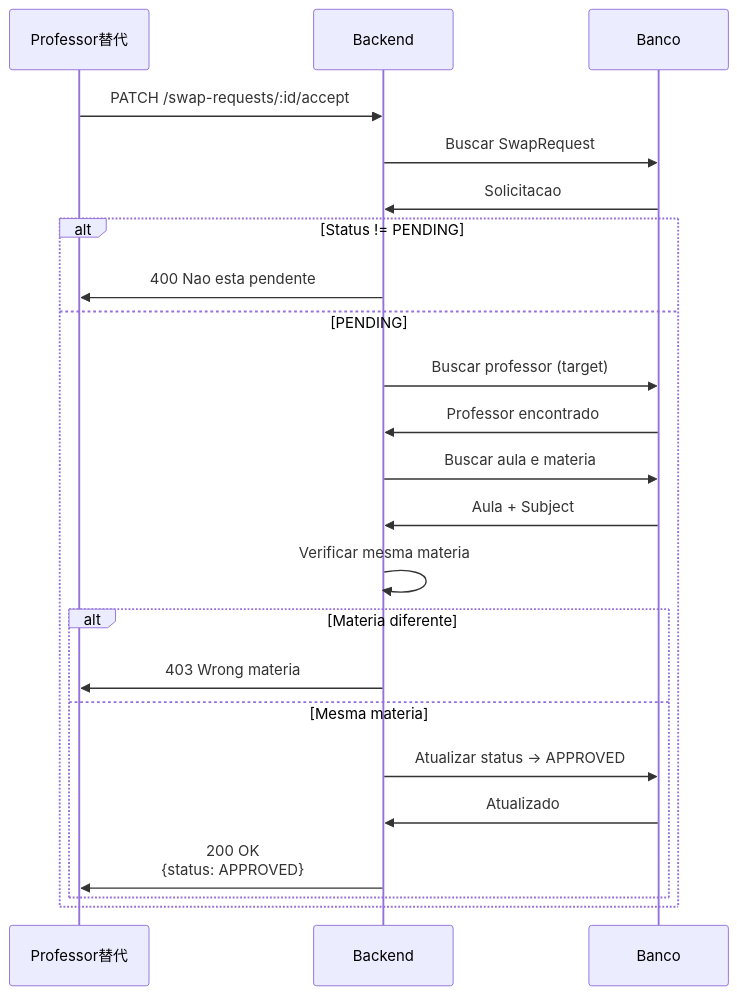
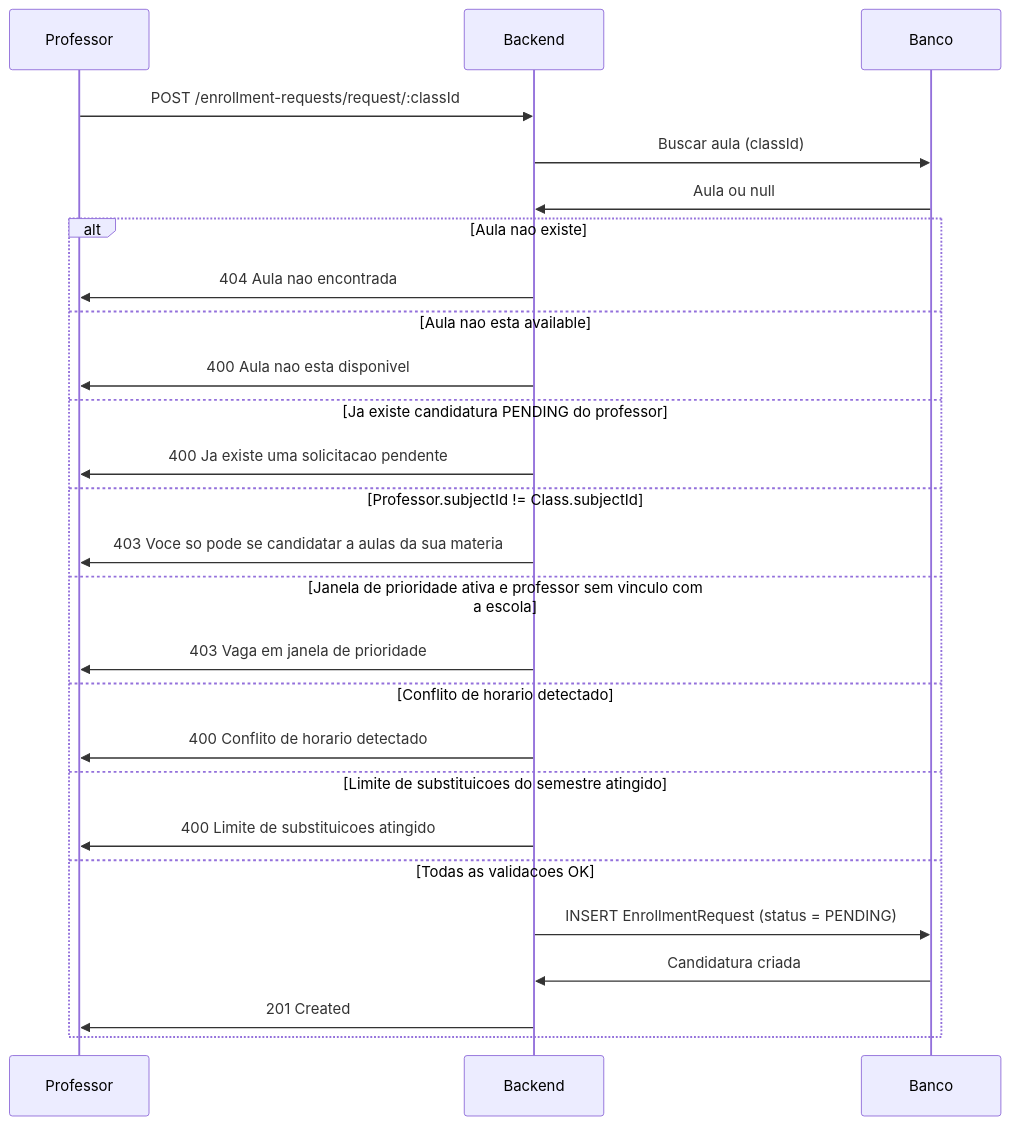
The sixth of 14 diagrams in docs/07-fluxos-negocio.md (TROCA-AULA/troca-aula-backend), drawn with Mermaid before and after one commit. The commit also changed other lines of this file and 9 other files, not shown here.

````diff
--- a/docs/07-fluxos-negocio.md
+++ b/docs/07-fluxos-negocio.md
@@ -189,32 +190,31 @@
 ```mermaid
 sequenceDiagram
-    participant Professor as Professor替代
+    participant Professor as Professor
     participant API as Backend
     participant DB as Banco
 
-    Professor->>API: PATCH /swap-requests/:id/accept
+    Professor->>API: POST /enrollment-requests/request/:classId
     
-    API->>DB: Buscar SwapRequest
-    DB->>API: Solicitacao
+    API->>DB: Buscar aula (classId)
+    DB->>API: Aula ou null
     
-    alt Status != PENDING
-        API->>Professor: 400 Nao esta pendente
-    else PENDING
-        API->>DB: Buscar professor (target)
-        DB->>API: Professor encontrado
-        
-        API->>DB: Buscar aula e materia
-        DB->>API: Aula + Subject
-        
-        API->>API: Verificar mesma materia
-        
-        alt Materia diferente
-            API->>Professor: 403 Wrong materia
-        else Mesma materia
-            API->>DB: Atualizar status -> APPROVED
-            DB->>API: Atualizado
-            
-            API->>Professor: 200 OK<br/>{status: APPROVED}
-        end
+    alt Aula nao existe
+        API->>Professor: 404 Aula nao encontrada
+    else Aula nao esta available
+        API->>Professor: 400 Aula nao esta disponivel
+    else Ja existe candidatura PENDING do professor
+        API->>Professor: 400 Ja existe uma solicitacao pendente
+    else Professor.subjectId != Class.subjectId
+        API->>Professor: 403 Voce so pode se candidatar a aulas da sua materia
+    else Janela de prioridade ativa e professor sem vinculo com a escola
+        API->>Professor: 403 Vaga em janela de prioridade
+    else Conflito de horario detectado
+        API->>Professor: 400 Conflito de horario detectado
+    else Limite de substituicoes do semestre atingido
+        API->>Professor: 400 Limite de substituicoes atingido
+    else Todas as validacoes OK
+        API->>DB: INSERT EnrollmentRequest (status = PENDING)
+        DB->>API: Candidatura criada
+        API->>Professor: 201 Created
     end
 ```
````
